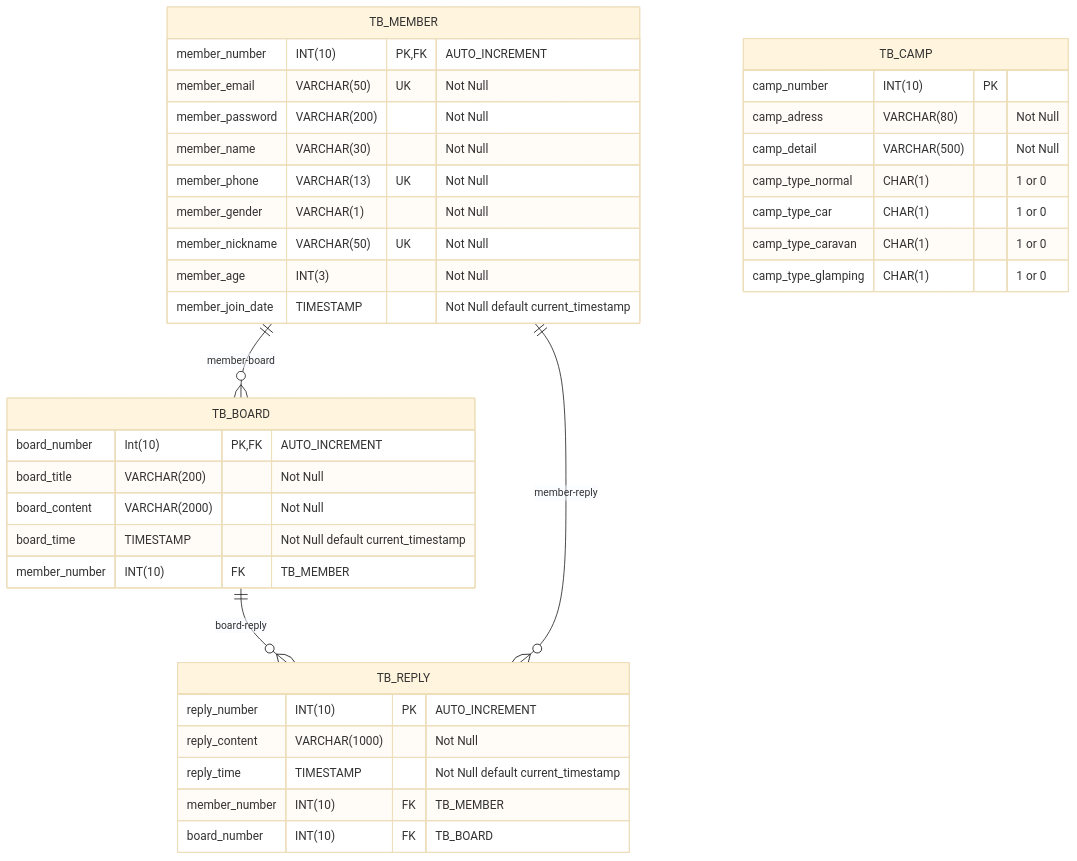
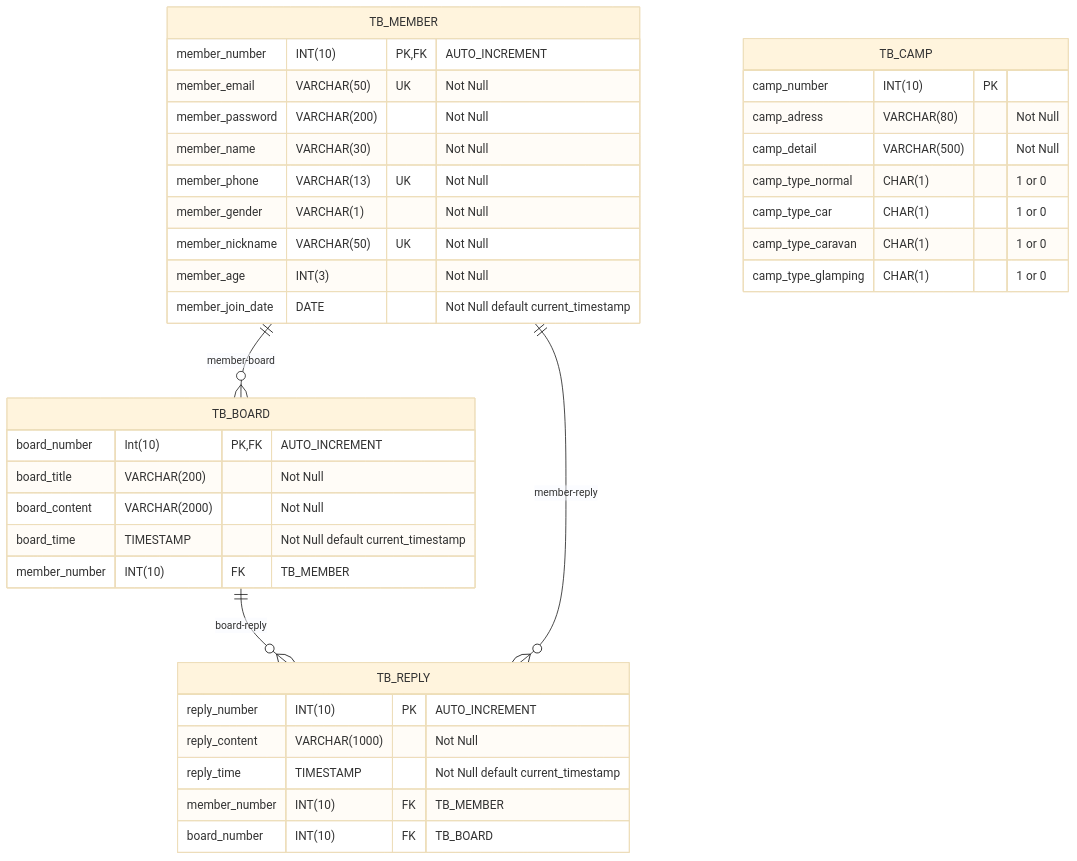
Before and after one commit to Choongang-Third-Project/jeju-campking: the fourth of 6 diagrams in docs/README.md, drawn with Mermaid (base theme). The commit also changed 1 other file, not shown here.

Commit message:
TB_MEMBER sql문 수정

````diff
--- a/docs/README.md
+++ b/docs/README.md
@@ -172,45 +172,45 @@
 ```mermaid
 erDiagram
     TB_MEMBER ||--o{ TB_BOARD: member-board
     TB_BOARD ||--o{ TB_REPLY: board-reply
     TB_MEMBER ||--o{ TB_REPLY: member-reply
 
     TB_MEMBER {
         member_number INT(10) PK, FK "AUTO_INCREMENT"
         member_email VARCHAR(50) UK "Not Null"
         member_password VARCHAR(200) "Not Null"
         member_name VARCHAR(30) "Not Null"
         member_phone VARCHAR(13) UK "Not Null"
         member_gender VARCHAR(1) "Not Null"
         member_nickname VARCHAR(50) UK "Not Null"
         member_age INT(3) "Not Null"
-        member_join_date TIMESTAMP "Not Null default current_timestamp"
+        member_join_date DATE "Not Null default current_timestamp"
     }
 
     TB_BOARD {
         board_number Int(10) PK, FK "AUTO_INCREMENT"
         board_title VARCHAR(200) "Not Null"
         board_content VARCHAR(2000) "Not Null"
         board_time TIMESTAMP "Not Null default current_timestamp"
         member_number INT(10) FK "TB_MEMBER"
     }
 
     TB_REPLY {
         reply_number INT(10) PK "AUTO_INCREMENT"
         reply_content VARCHAR(1000) "Not Null"
         reply_time TIMESTAMP "Not Null default current_timestamp"
         member_number INT(10) FK "TB_MEMBER"
         board_number INT(10) FK "TB_BOARD"
     }
 
     TB_CAMP {
         camp_number INT(10) PK
         camp_adress VARCHAR(80) "Not Null"
         camp_detail VARCHAR(500) "Not Null"
         camp_type_normal CHAR(1) "1 or 0"
         camp_type_car CHAR(1) "1 or 0"
         camp_type_caravan CHAR(1) "1 or 0"
         camp_type_glamping CHAR(1) "1 or 0"
     }
 
 ```
````
